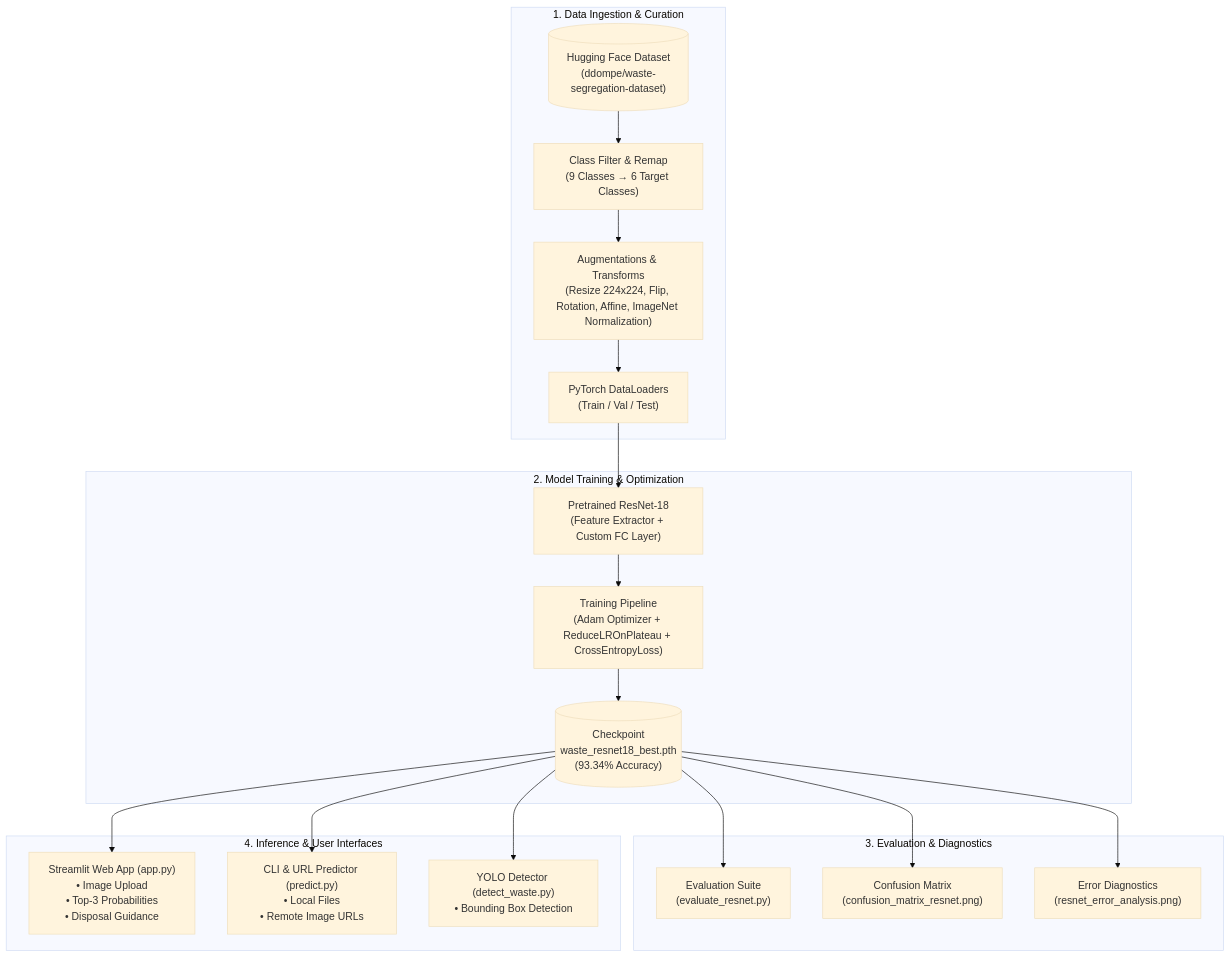
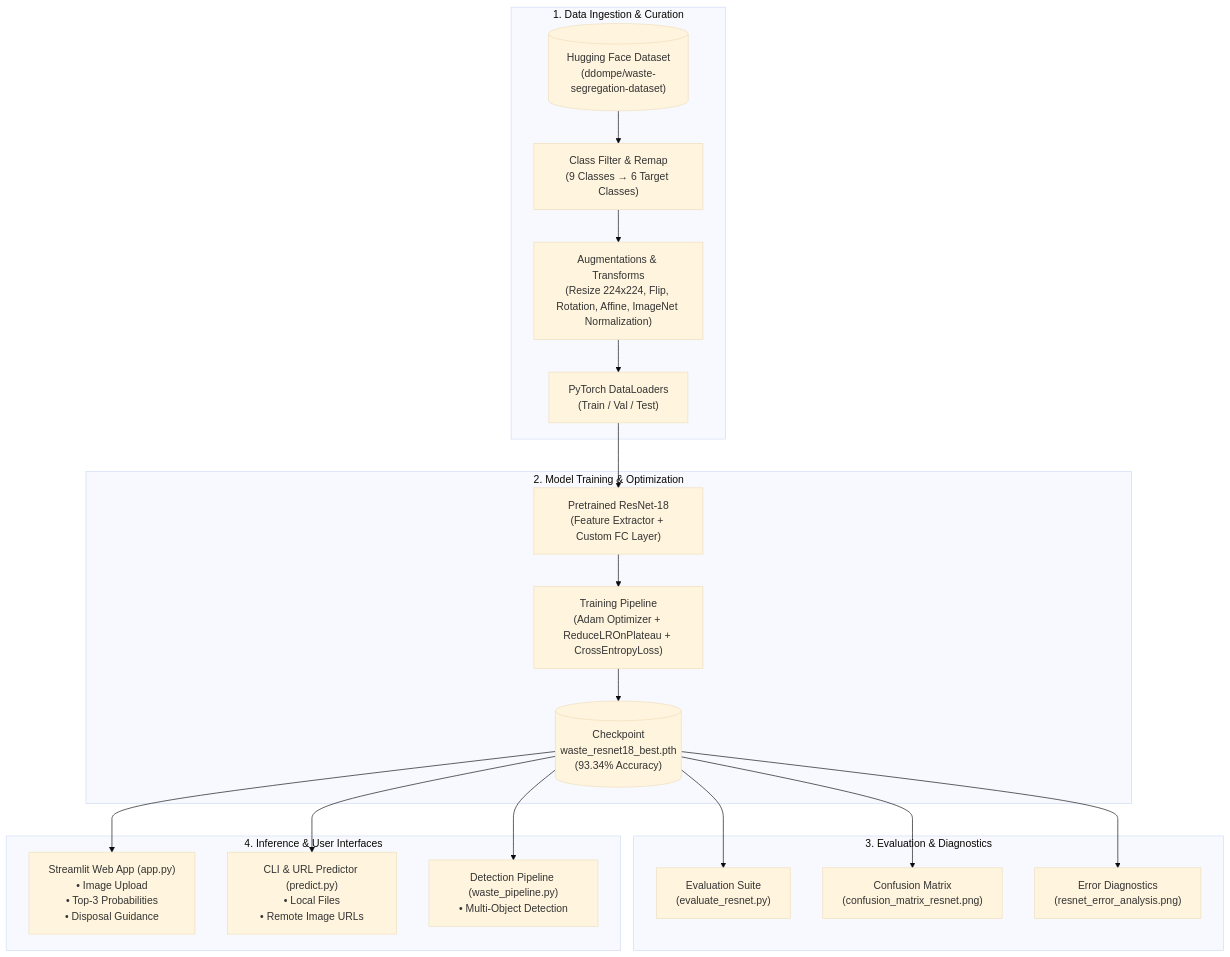
The diagram in README.md (Snigdha-0210/Smart_Waste_Classifier), drawn with Mermaid (base theme) before and after one commit. The commit also changed other lines of this file and 8 other files, not shown here.

Commit message:
feat: add YOLO detection pipelines, TACO dataset converter, project status diagnostics, and updated docs

````diff
--- a/README.md
+++ b/README.md
@@ -57,26 +58,26 @@
 ```mermaid
 flowchart TD
     subgraph DataPipeline["1. Data Ingestion & Curation"]
         HF[("Hugging Face Dataset\n(ddompe/waste-segregation-dataset)")] --> Filter["Class Filter & Remap\n(9 Classes → 6 Target Classes)"]
         Filter --> Augment["Augmentations & Transforms\n(Resize 224x224, Flip, Rotation, Affine, ImageNet Normalization)"]
         Augment --> Loaders["PyTorch DataLoaders\n(Train / Val / Test)"]
     end
 
     subgraph Modeling["2. Model Training & Optimization"]
         Loaders --> ResNet["Pretrained ResNet-18\n(Feature Extractor + Custom FC Layer)"]
         ResNet --> TrainLoop["Training Pipeline\n(Adam Optimizer + ReduceLROnPlateau + CrossEntropyLoss)"]
         TrainLoop --> BestWeights[("Checkpoint\nwaste_resnet18_best.pth\n(93.34% Accuracy)")]
     end
 
     subgraph Evaluation["3. Evaluation & Diagnostics"]
         BestWeights --> EvalSuite["Evaluation Suite\n(evaluate_resnet.py)"]
         BestWeights --> Confusion["Confusion Matrix\n(confusion_matrix_resnet.png)"]
         BestWeights --> ErrorAnalysis["Error Diagnostics\n(resnet_error_analysis.png)"]
     end
 
     subgraph Deployment["4. Inference & User Interfaces"]
         BestWeights --> StreamlitApp["Streamlit Web App (app.py)\n• Image Upload\n• Top-3 Probabilities\n• Disposal Guidance"]
         BestWeights --> CLIPredict["CLI & URL Predictor (predict.py)\n• Local Files\n• Remote Image URLs"]
-        BestWeights --> YOLODetect["YOLO Detector (detect_waste.py)\n• Bounding Box Detection"]
+        BestWeights --> Pipeline["Detection Pipeline (waste_pipeline.py)\n• Multi-Object Detection"]
     end
 ```
````
